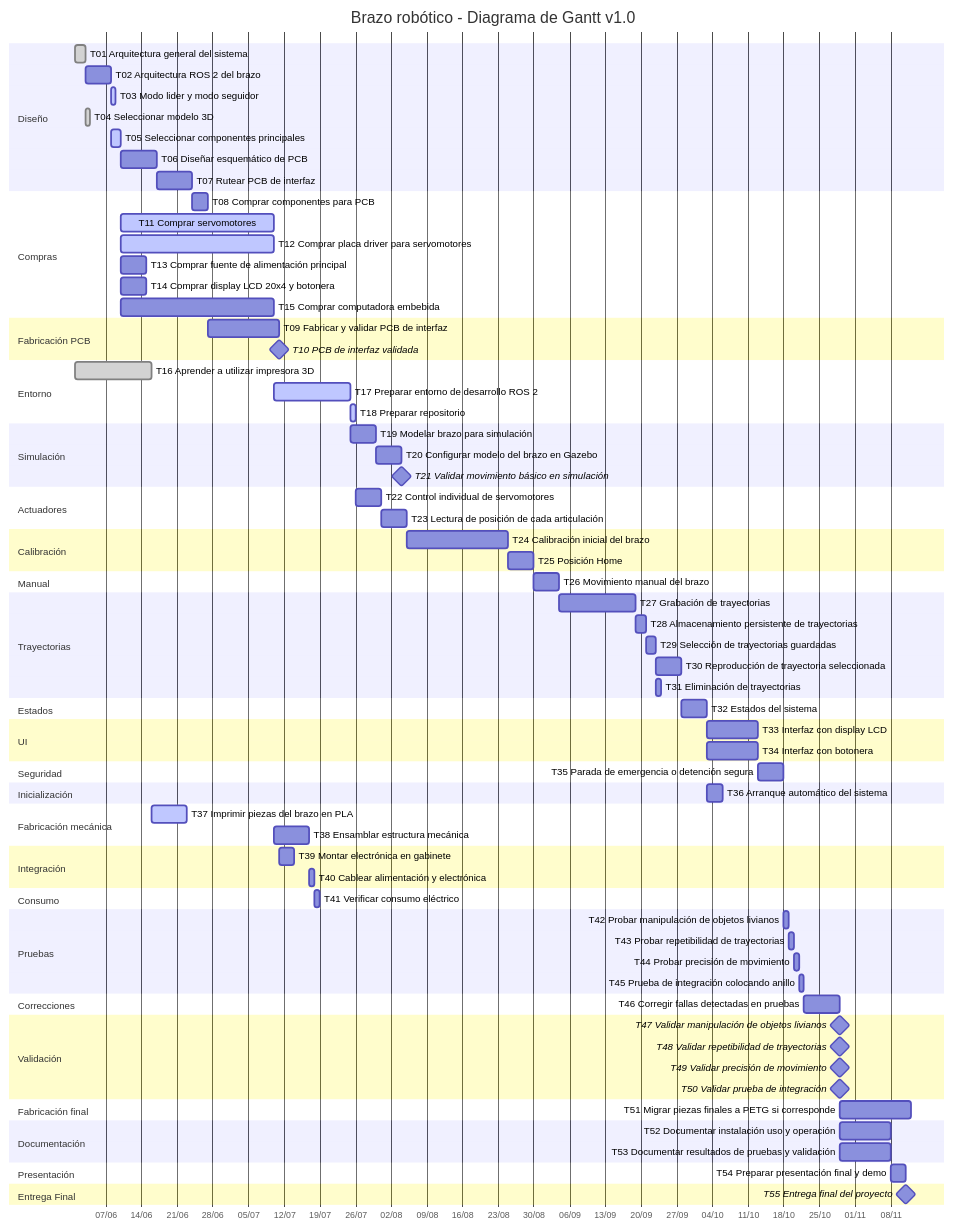
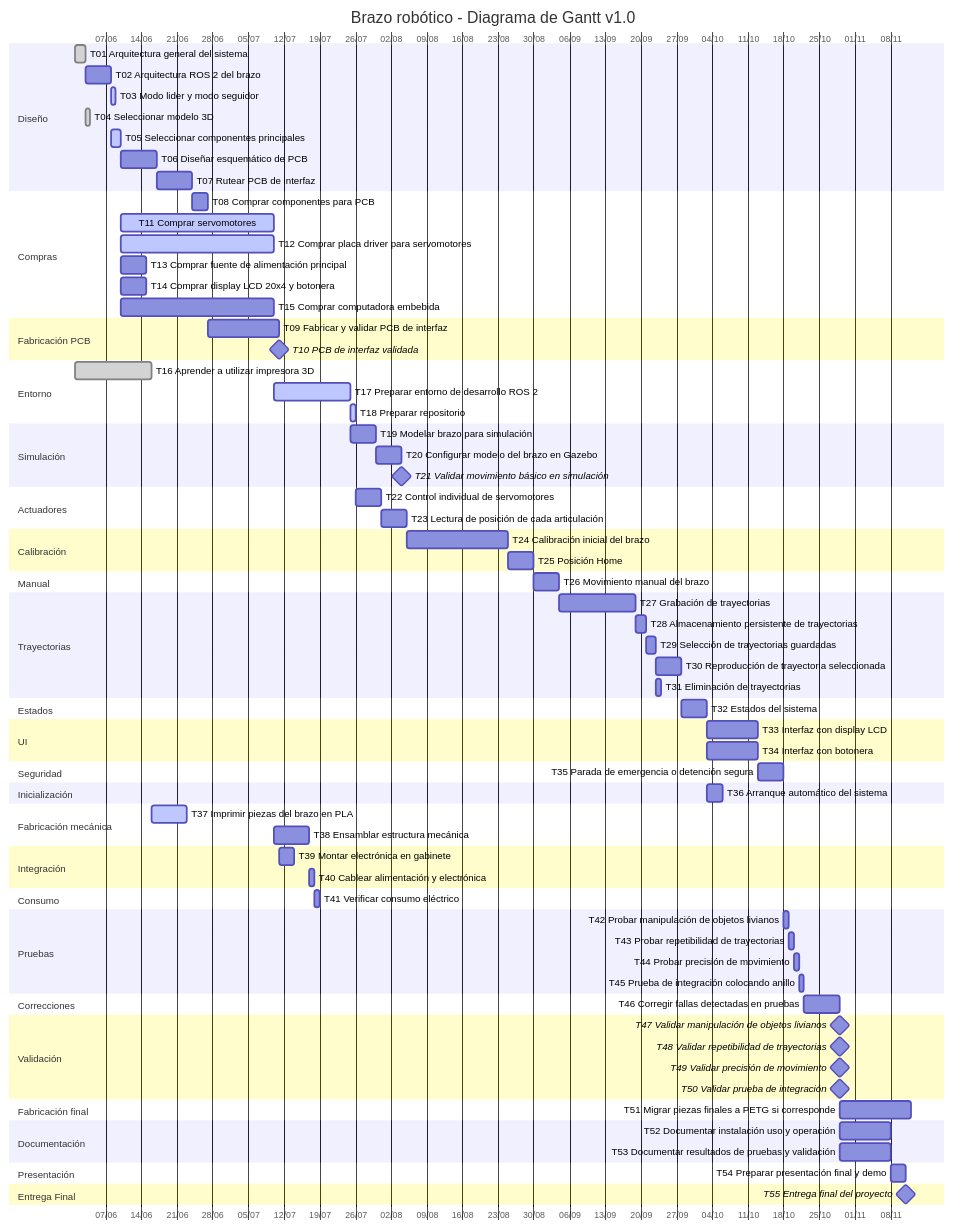
The diagram in doc/md/gantt.md (ealegremendoza/BrazoRobotico), drawn with Mermaid before and after one commit.

````diff
--- a/doc/md/gantt.md
+++ b/doc/md/gantt.md
@@ -3,4 +3,5 @@
 ```mermaid
+%%{init: {"gantt": {"topAxis": true}} }%%
 gantt
     title Brazo robótico - Diagrama de Gantt v1.0
     dateFormat  YYYY-MM-DD
````
